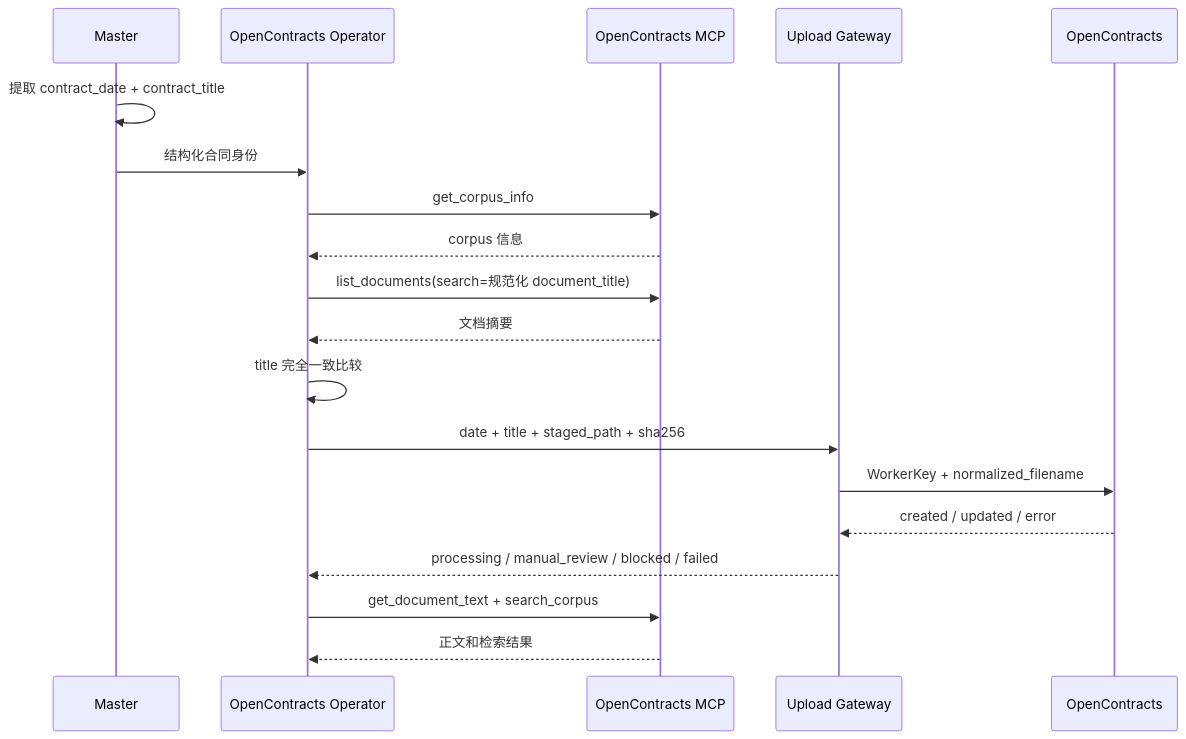
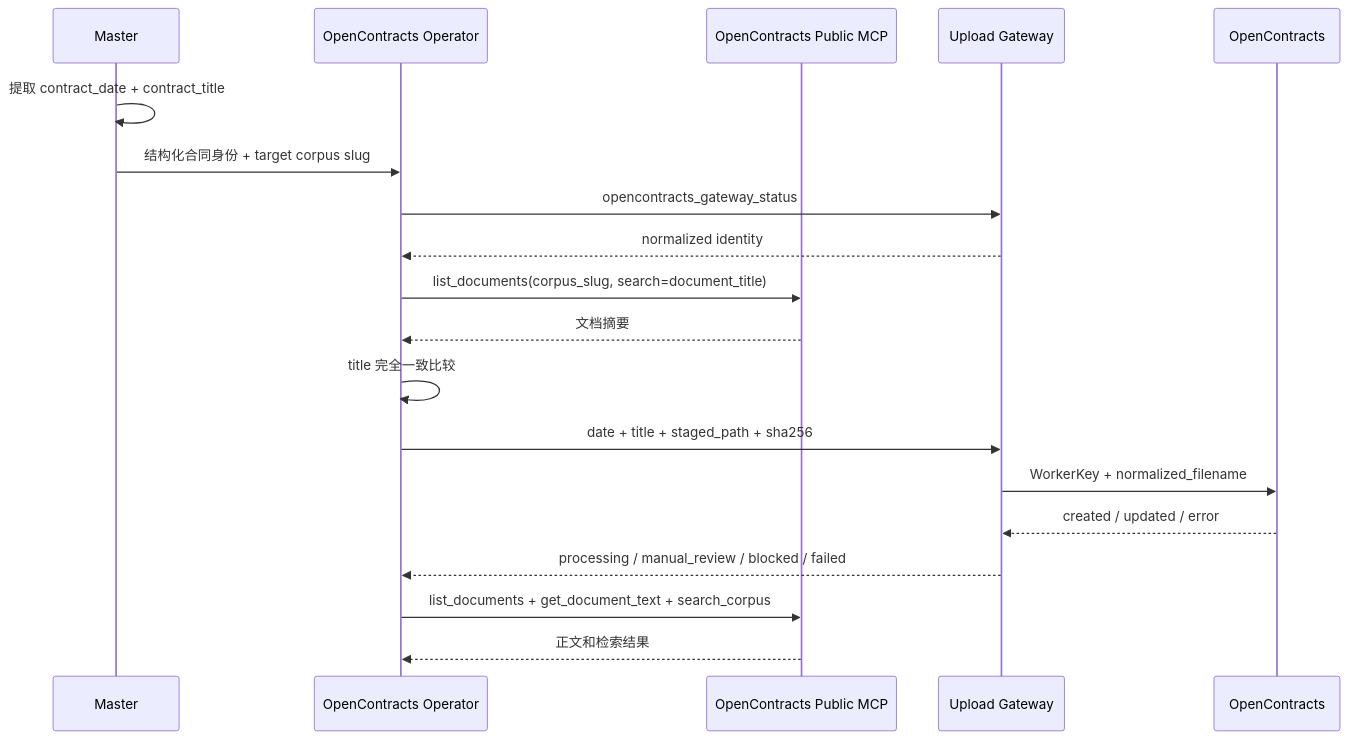
Before and after one commit to Ri0n72Y/ContractBotConfig: the second of 3 diagrams in docs/architecture/opencontracts-integration.md, drawn with Mermaid. The commit also changed other lines of this file, not shown here.

Commit message:
align architecture with public MCP

````diff
--- a/docs/architecture/opencontracts-integration.md
+++ b/docs/architecture/opencontracts-integration.md
@@ -99,22 +100,22 @@
 ```mermaid
 sequenceDiagram
     participant M as Master
     participant O as OpenContracts Operator
-    participant MCP as OpenContracts MCP
+    participant MCP as OpenContracts Public MCP
     participant G as Upload Gateway
     participant OC as OpenContracts
 
     M->>M: 提取 contract_date + contract_title
-    M->>O: 结构化合同身份
-    O->>MCP: get_corpus_info
-    MCP-->>O: corpus 信息
-    O->>MCP: list_documents(search=规范化 document_title)
+    M->>O: 结构化合同身份 + target corpus slug
+    O->>G: opencontracts_gateway_status
+    G-->>O: normalized identity
+    O->>MCP: list_documents(corpus_slug, search=document_title)
     MCP-->>O: 文档摘要
     O->>O: title 完全一致比较
     O->>G: date + title + staged_path + sha256
     G->>OC: WorkerKey + normalized_filename
     OC-->>G: created / updated / error
     G-->>O: processing / manual_review / blocked / failed
-    O->>MCP: get_document_text + search_corpus
+    O->>MCP: list_documents + get_document_text + search_corpus
     MCP-->>O: 正文和检索结果
 ```
````
